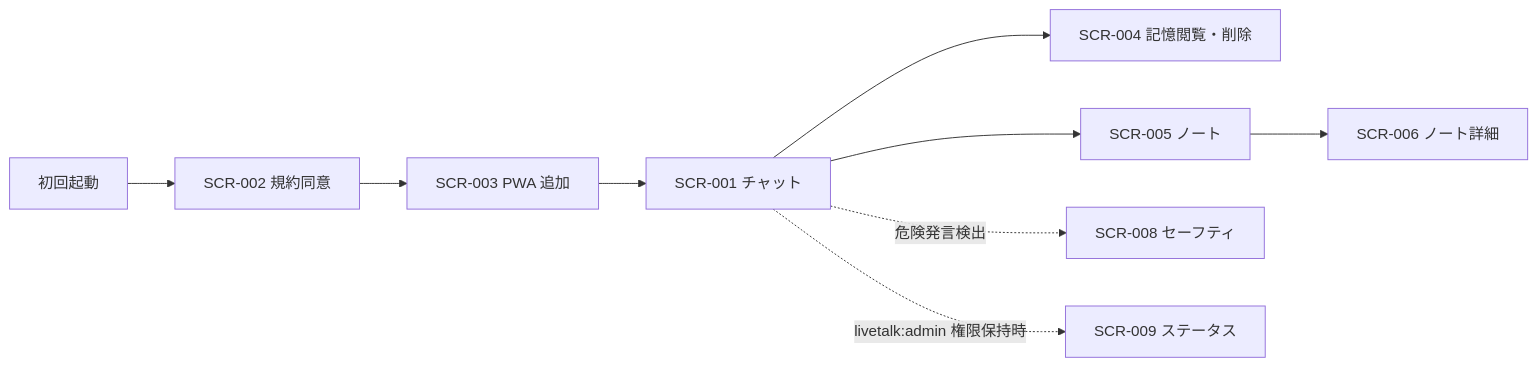
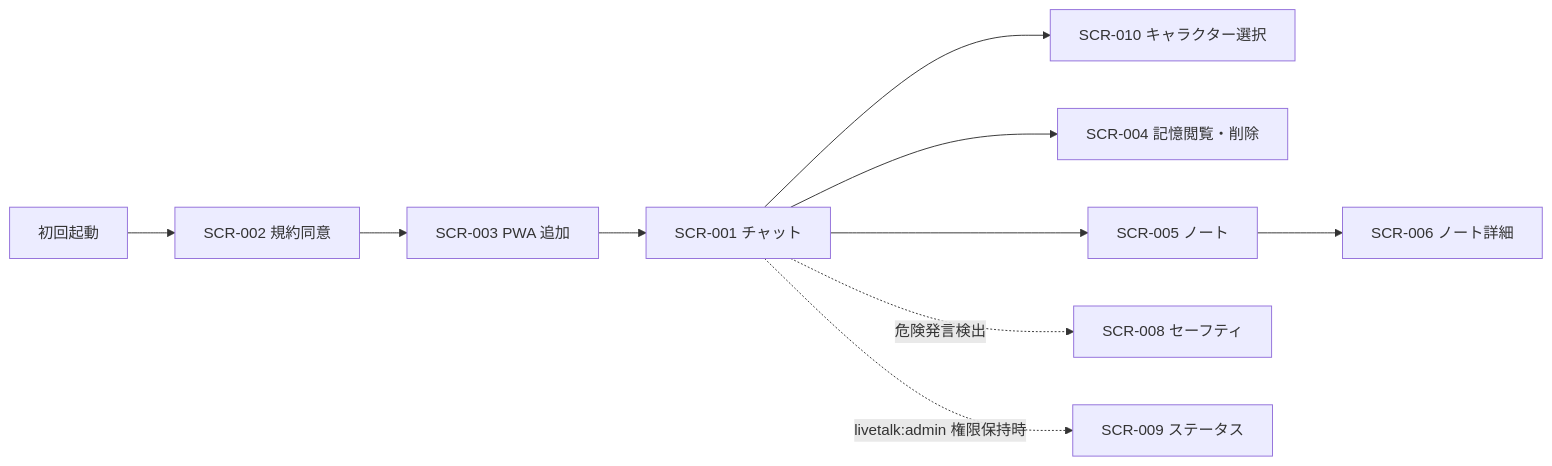
One commit to nagiyu/nagiyu-platform changed the first of 2 diagrams in docs/services/livetalk/external-design.md. Above: the diagram before and after it, drawn with Mermaid. The commit also changed other lines of this file and 2 other files, not shown here.

````diff
--- a/docs/services/livetalk/external-design.md
+++ b/docs/services/livetalk/external-design.md
@@ -21,11 +22,12 @@
 ```mermaid
 graph LR
     Start[初回起動] --> Terms[SCR-002 規約同意]
     Terms --> Install[SCR-003 PWA 追加]
     Install --> Chat[SCR-001 チャット]
+    Chat --> CharSelect[SCR-010 キャラクター選択]
     Chat --> Memory[SCR-004 記憶閲覧・削除]
     Chat --> Notes[SCR-005 ノート]
     Notes --> NoteDetail[SCR-006 ノート詳細]
     Chat -.危険発言検出.-> Safety[SCR-008 セーフティ]
     Chat -.livetalk:admin 権限保持時.-> Status[SCR-009 ステータス]
 ```
````
